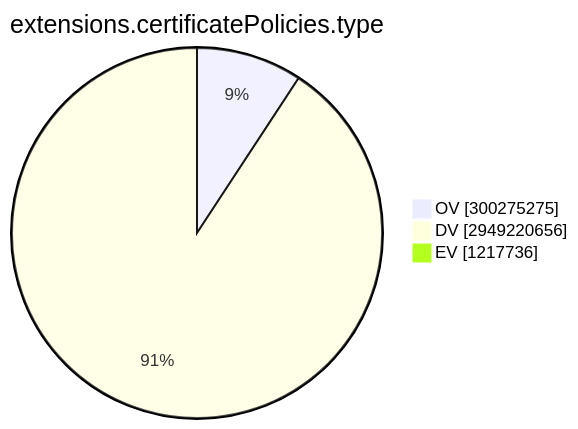
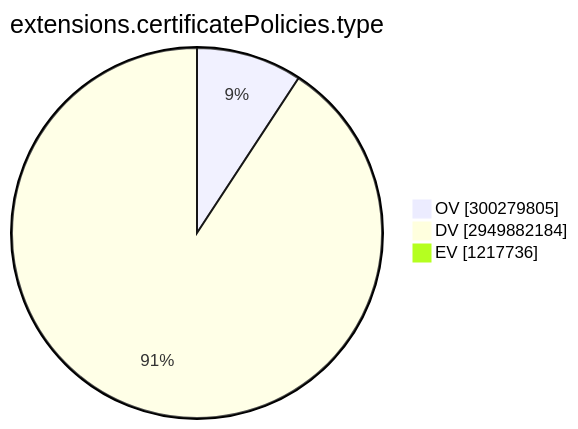
The ninth of 15 diagrams in TOTAL/README.md (christiankrug/ctmonitor_visualization), drawn with Mermaid before and after one commit. The commit also changed other lines of this file, not shown here.

````diff
--- a/TOTAL/README.md
+++ b/TOTAL/README.md
@@ -3101,7 +3101,7 @@
 ```mermaid
 pie showData
 title extensions.certificatePolicies.type
-"OV" :300275275
-"DV" :2949220656
+"OV" :300279805
+"DV" :2949882184
 "EV" :1217736
 ```
````
